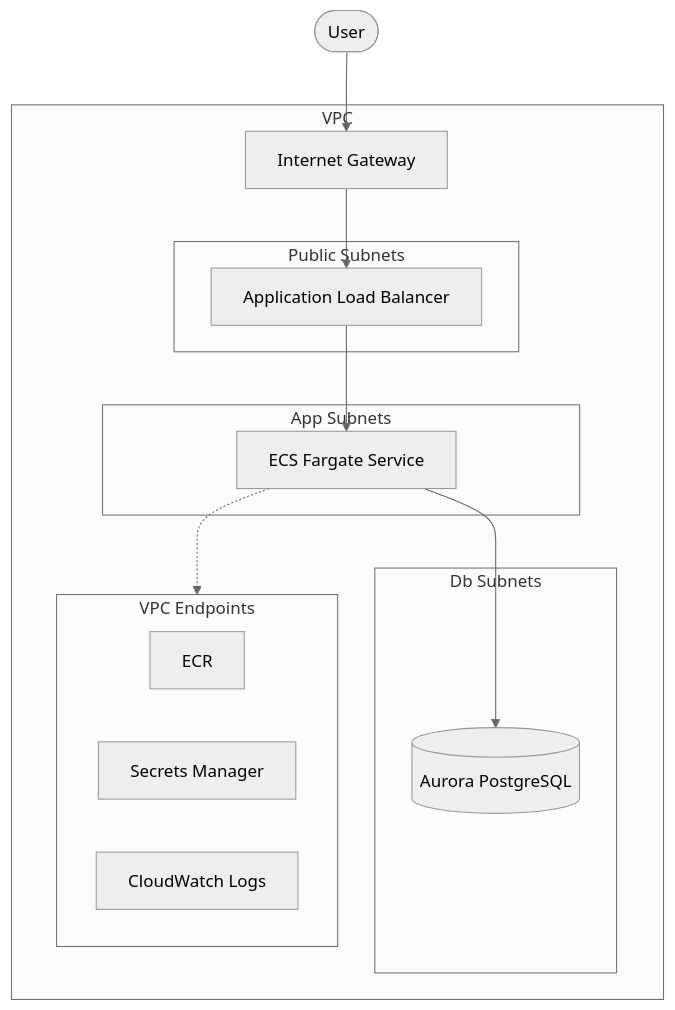
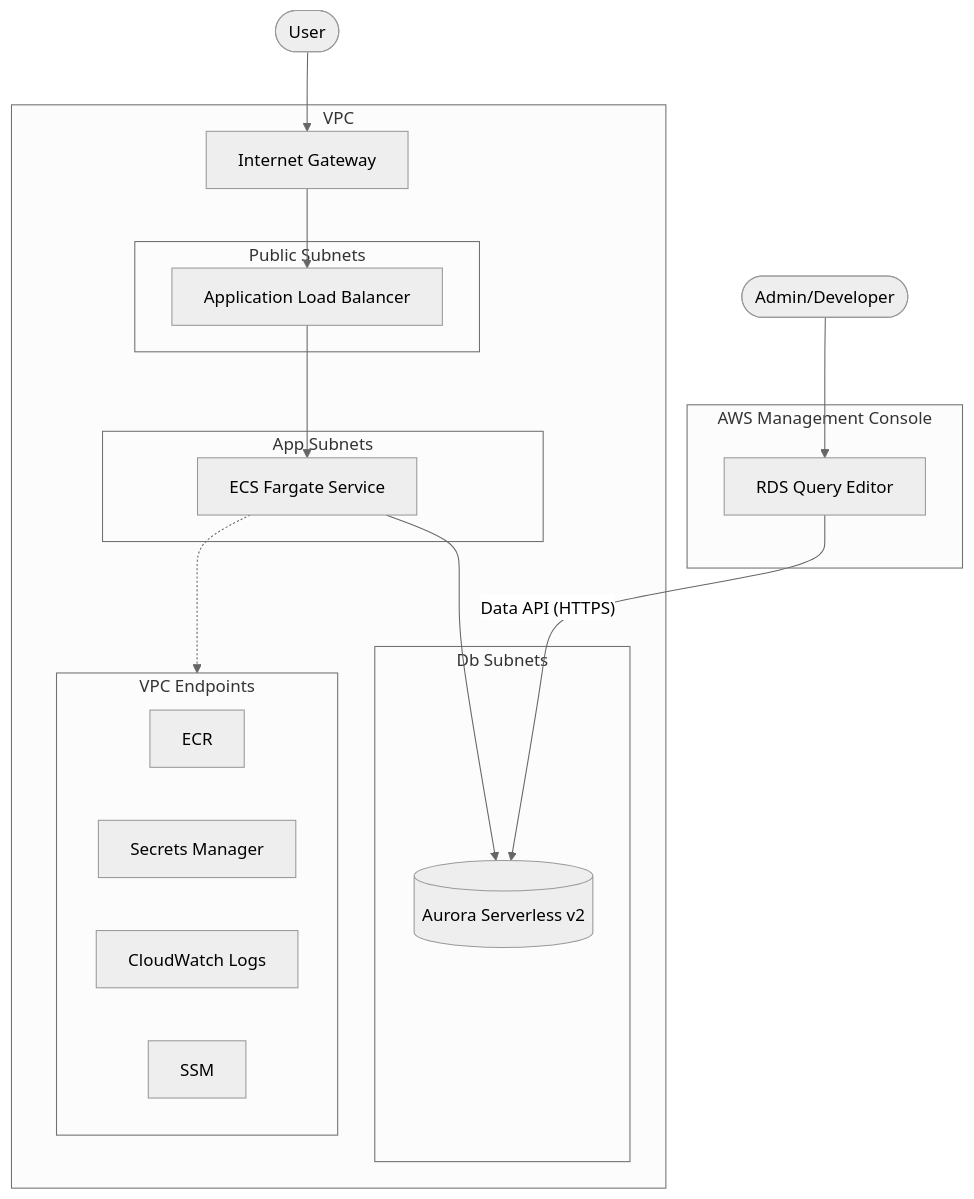
Before and after one commit to neko3cs/neko3cs-lab: the diagram in awscdk-basic-serverless-webapi/docs/infra-fig.mmd, drawn with Mermaid (neutral theme). The commit also changed 1 other file, not shown here.

Commit message:
docs: update infrastructure diagram to reflect Aurora Serverless v2 and Data API

```diff
--- a/awscdk-basic-serverless-webapi/docs/infra-fig.mmd
+++ b/awscdk-basic-serverless-webapi/docs/infra-fig.mmd
@@ -1,25 +1,34 @@
 graph TD
     User([User])
+    Admin([Admin/Developer])
     subgraph VPC
         IGW[Internet Gateway]
         subgraph Public_Subnets[Public Subnets]
             ALB[Application Load Balancer]
         end
         subgraph App_Subnets[App Subnets]
             Fargate[ECS Fargate Service]
         end
         subgraph Db_Subnets[Db Subnets]
-            RDS[(Aurora PostgreSQL)]
+            RDS[(Aurora Serverless v2)]
         end
         subgraph VPCEndpoints[VPC Endpoints]
             ECR[ECR]
             Secrets[Secrets Manager]
             Logs[CloudWatch Logs]
+            SSM[SSM]
         end
+    end
+    
+    subgraph AWS_Console[AWS Management Console]
+        QueryEditor[RDS Query Editor]
     end
 
     User --> IGW
     IGW --> ALB
     ALB --> Fargate
     Fargate --> RDS
     Fargate -.-> VPCEndpoints
+    
+    Admin --> QueryEditor
+    QueryEditor -- "Data API (HTTPS)" --> RDS
```
